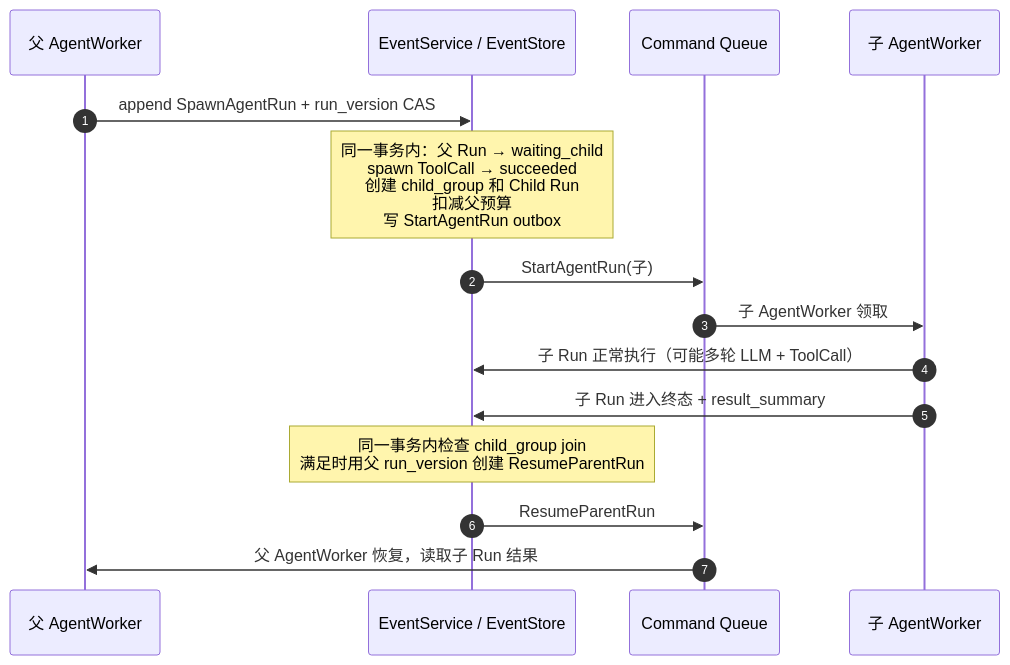
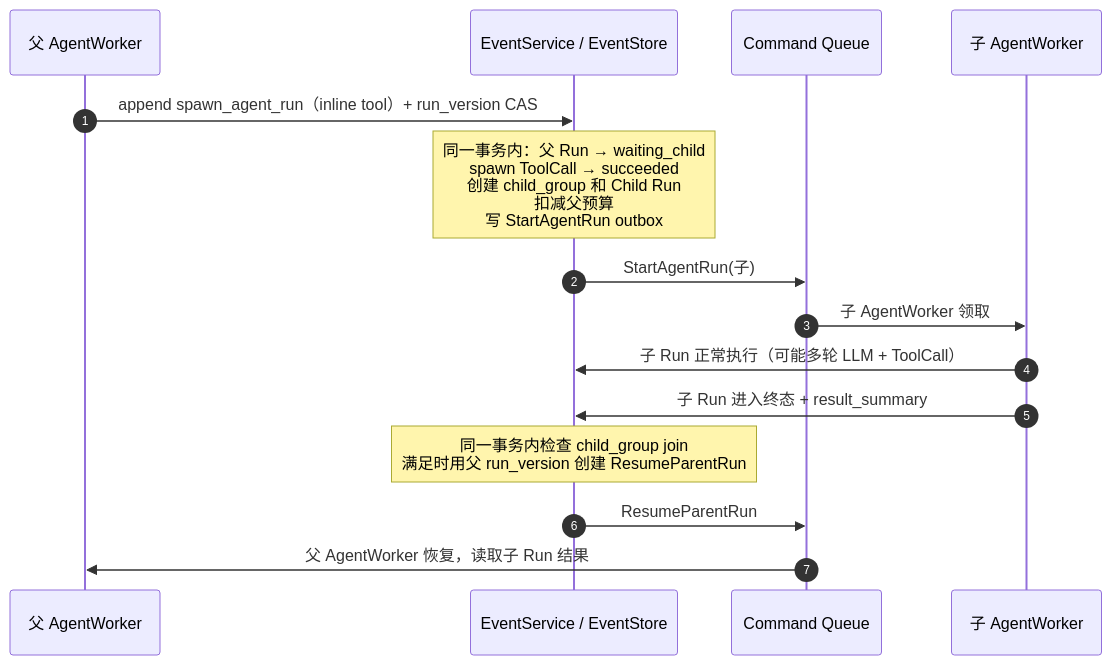
The first of 3 diagrams in docs/orchestration-patterns.md (erweixin/langshift.dev), drawn with Mermaid before and after one commit. The commit also changed other lines of this file and 10 other files, not shown here.

````diff
--- a/docs/orchestration-patterns.md
+++ b/docs/orchestration-patterns.md
@@ -84,20 +84,20 @@
 ```mermaid
 sequenceDiagram
   autonumber
   participant P as 父 AgentWorker
   participant ES as EventService / EventStore
   participant Q as Command Queue
   participant C as 子 AgentWorker
 
-  P->>ES: append SpawnAgentRun + run_version CAS
+  P->>ES: append spawn_agent_run（inline tool）+ run_version CAS
   Note over ES: 同一事务内：父 Run → waiting_child<br/>spawn ToolCall → succeeded<br/>创建 child_group 和 Child Run<br/>扣减父预算<br/>写 StartAgentRun outbox
   ES->>Q: StartAgentRun(子)
   Q->>C: 子 AgentWorker 领取
 
   C->>ES: 子 Run 正常执行（可能多轮 LLM + ToolCall）
   C->>ES: 子 Run 进入终态 + result_summary
   Note over ES: 同一事务内检查 child_group join<br/>满足时用父 run_version 创建 ResumeParentRun
 
   ES->>Q: ResumeParentRun
   Q->>P: 父 AgentWorker 恢复，读取子 Run 结果
 ```
````
